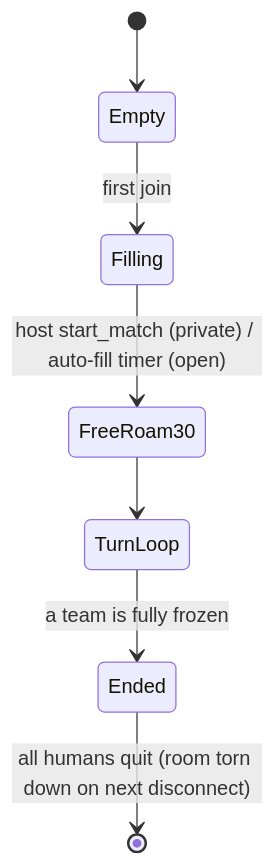
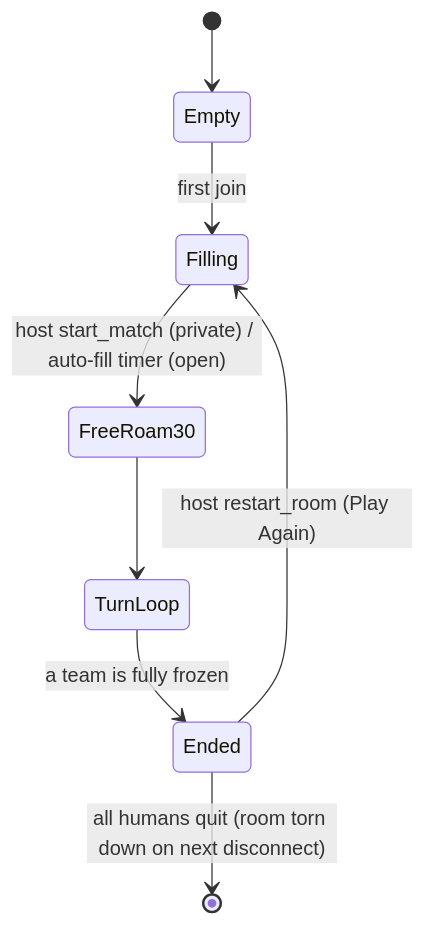
The eighth of 9 diagrams in docs/ARCHITECTURE.md (sean-reid/clowns-and-mimes), drawn with Mermaid before and after one commit. The commit also changed other lines of this file and 3 other files, not shown here.

First line of the commit message:
docs: cover v0.6 features across README, architecture, backend, and site

````diff
--- a/docs/ARCHITECTURE.md
+++ b/docs/ARCHITECTURE.md
@@ -337,9 +389,10 @@
 ```mermaid
 stateDiagram-v2
   [*] --> Empty
   Empty --> Filling: first join
   Filling --> FreeRoam30: host start_match (private) / auto-fill timer (open)
   FreeRoam30 --> TurnLoop
   TurnLoop --> Ended: a team is fully frozen
+  Ended --> Filling: host restart_room (Play Again)
   Ended --> [*]: all humans quit (room torn down on next disconnect)
 ```
````
